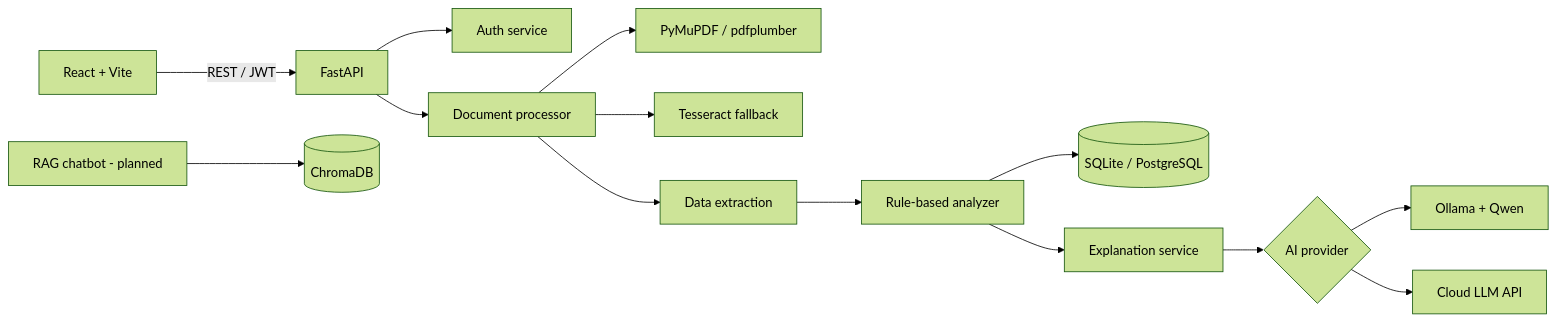
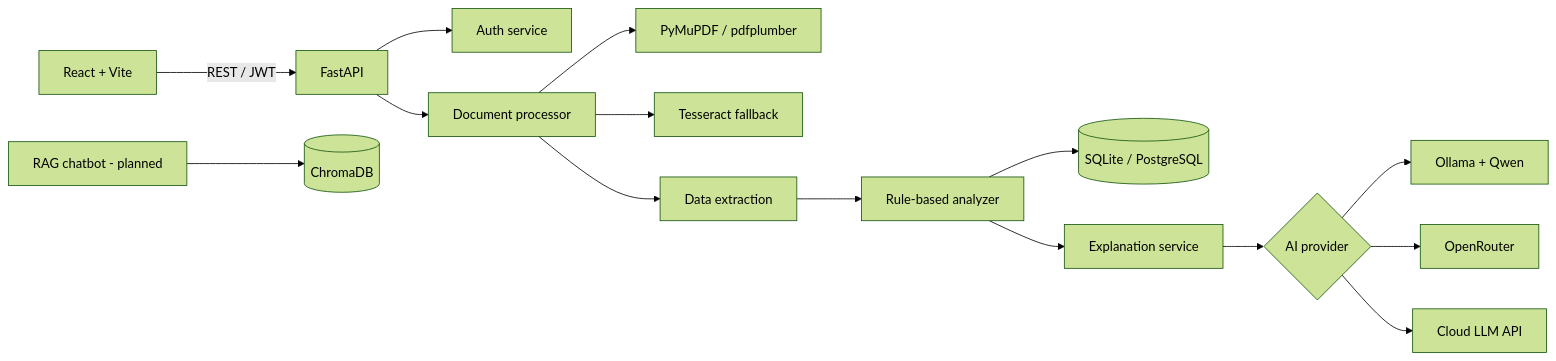
One commit to ratneshsahu9098/mediexplain_ai_demo changed the diagram in README.md. Above: the diagram before and after it, drawn with Mermaid (forest theme). The commit also changed other lines of this file and 7 other files, not shown here.

Commit message:
Add OpenRouter provider support

````diff
--- a/README.md
+++ b/README.md
@@ -78,16 +78,17 @@
 ```mermaid
 flowchart LR
     UI[React + Vite] -->|REST / JWT| API[FastAPI]
     API --> AUTH[Auth service]
     API --> DOC[Document processor]
     DOC --> PDF[PyMuPDF / pdfplumber]
     DOC --> OCR[Tesseract fallback]
     DOC --> EXT[Data extraction]
     EXT --> ANA[Rule-based analyzer]
     ANA --> DB[(SQLite / PostgreSQL)]
     ANA --> EXP[Explanation service]
     EXP --> LLM{AI provider}
     LLM --> OLL[Ollama + Qwen]
+    LLM --> OR[OpenRouter]
     LLM --> CLOUD[Cloud LLM API]
     CHAT[RAG chatbot - planned] --> VEC[(ChromaDB)]
 ```
````
